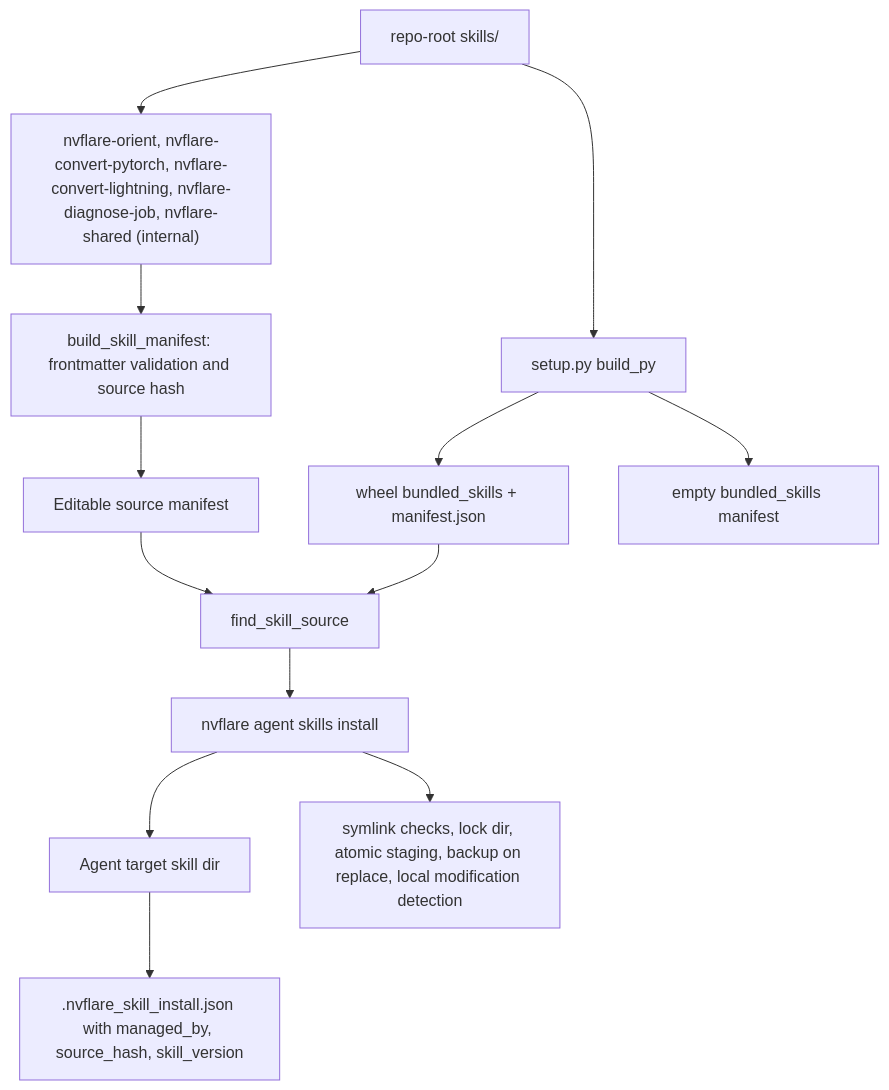
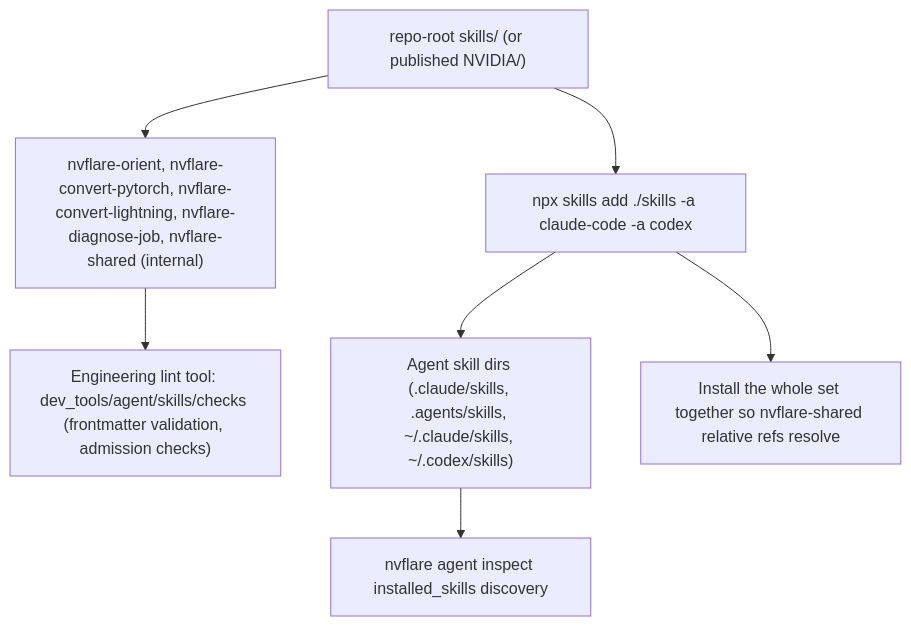
Before and after one commit to NVIDIA/NVFlare: the fourth of 5 diagrams in docs/design/skills_architecture.md, drawn with Mermaid. The commit also changed other lines of this file and 16 other files, not shown here.

````diff
--- a/docs/design/skills_architecture.md
+++ b/docs/design/skills_architecture.md
@@ -214,20 +209,12 @@
 ```mermaid
 flowchart TD
-    SkillsRoot["repo-root skills/"] --> SkillDirs["nvflare-orient, nvflare-convert-pytorch, nvflare-convert-lightning, nvflare-diagnose-job, nvflare-shared (internal)"]
+    SkillsRoot["repo-root skills/ (or published NVIDIA/<skills-repo>)"] --> SkillDirs["nvflare-orient, nvflare-convert-pytorch, nvflare-convert-lightning, nvflare-diagnose-job, nvflare-shared (internal)"]
 
-    SkillDirs --> ManifestBuild["build_skill_manifest: frontmatter validation and source hash"]
-    ManifestBuild --> Editable["Editable source manifest"]
+    SkillDirs --> Lint["Engineering lint tool: dev_tools/agent/skills/checks (frontmatter validation, admission checks)"]
 
-    SkillsRoot --> SetupPy["setup.py build_py"]
-    SetupPy --> Bundle["wheel bundled_skills + manifest.json"]
-    SetupPy --> EmptyBundle["empty bundled_skills manifest"]
+    SkillsRoot --> Install["npx skills add ./skills -a claude-code -a codex"]
+    Install --> Target["Agent skill dirs (.claude/skills, .agents/skills, ~/.claude/skills, ~/.codex/skills)"]
+    Target --> Discover["nvflare agent inspect installed_skills discovery"]
 
-    Editable --> FindSource["find_skill_source"]
-    Bundle --> FindSource
-
-    FindSource --> Install["nvflare agent skills install"]
-    Install --> Target["Agent target skill dir"]
-    Target --> InstallManifest[".nvflare_skill_install.json with managed_by, source_hash, skill_version"]
-
-    Install --> Safety["symlink checks, lock dir, atomic staging, backup on replace, local modification detection"]
+    Install --> WholeSet["Install the whole set together so nvflare-shared relative refs resolve"]
 ```
````
